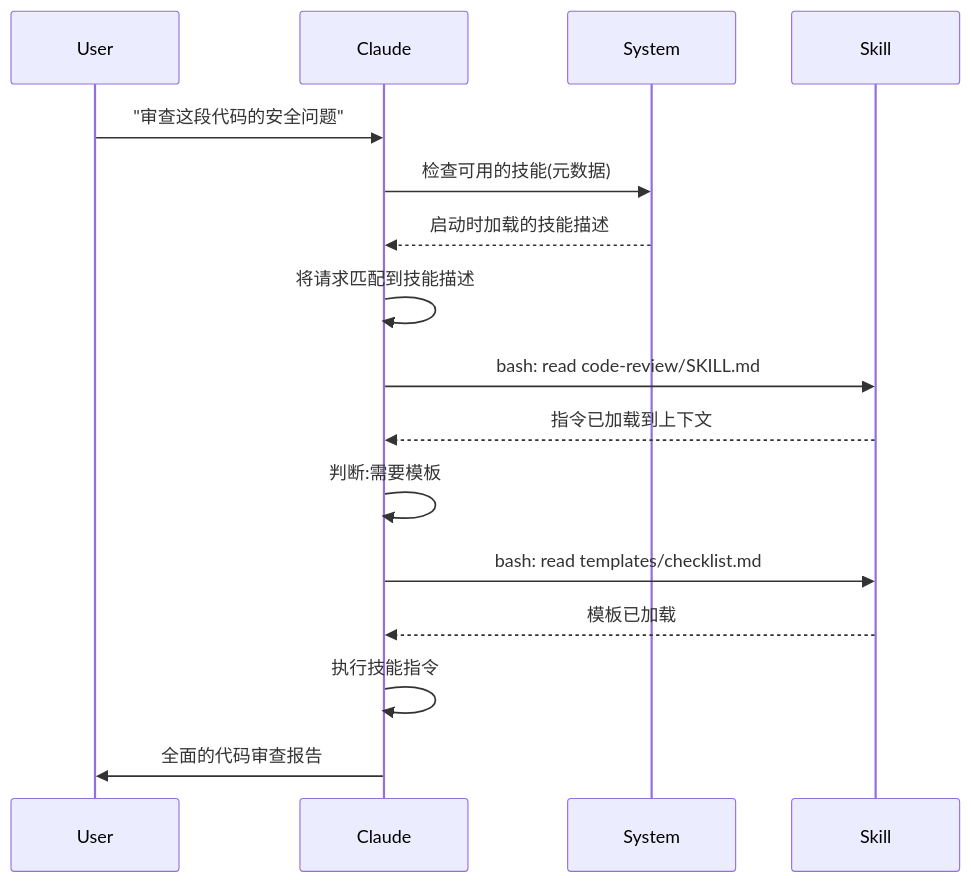
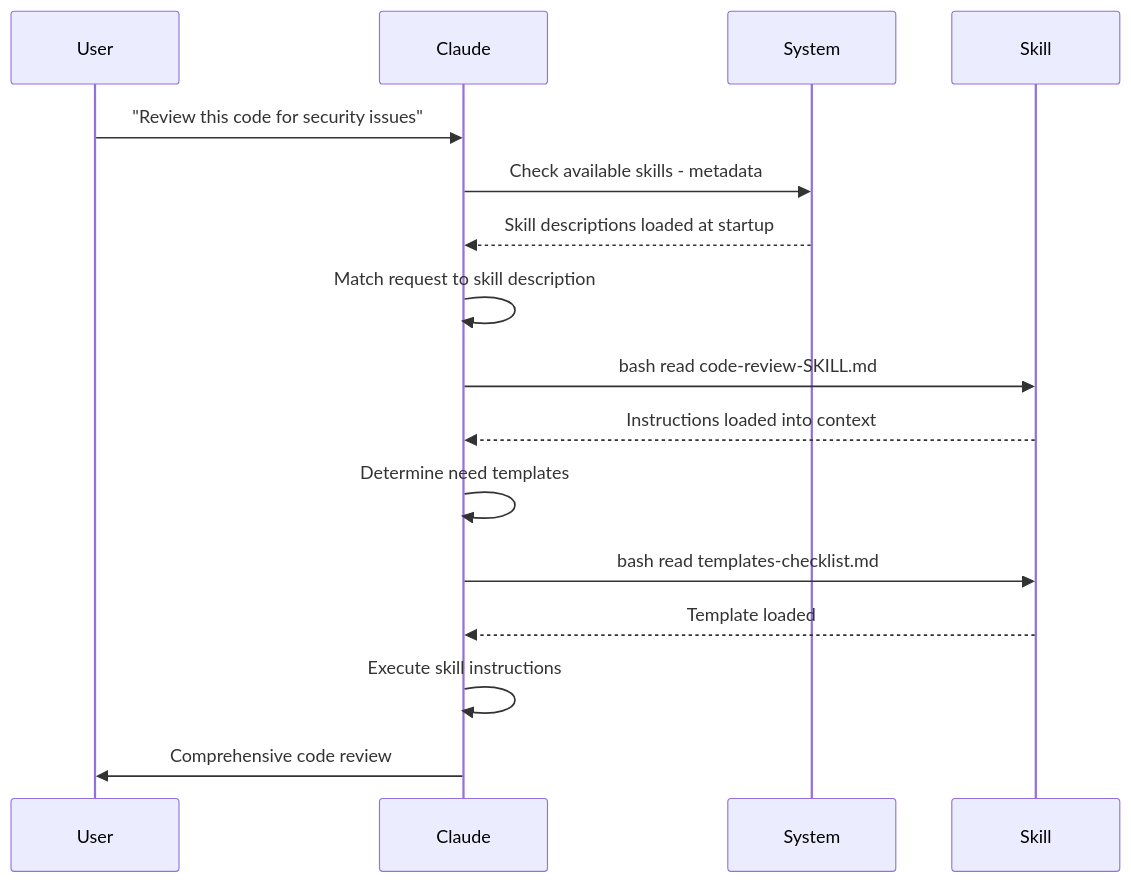
The second of 2 diagrams in claude-howto-zh/03-skills/README.md (Rx782-Fss/claude-howto-zh), drawn with Mermaid before and after one commit. The commit also changed other lines of this file and 11 other files, not shown here.

Commit message:
feat: v2.3.0 全量重译(11个文件) + Mermaid兼容性修复

````diff
--- a/claude-howto-zh/03-skills/README.md
+++ b/claude-howto-zh/03-skills/README.md
@@ -66,19 +66,19 @@
 ```mermaid
 sequenceDiagram
     participant User
     participant Claude as Claude
     participant System as System
     participant Skill as Skill
 
-    User->>Claude: "审查这段代码的安全问题"
-    Claude->>System: 检查可用的技能(元数据)
-    System-->>Claude: 启动时加载的技能描述
-    Claude->>Claude: 将请求匹配到技能描述
-    Claude->>Skill: bash: read code-review/SKILL.md
-    Skill-->>Claude: 指令已加载到上下文
-    Claude->>Claude: 判断:需要模板
-    Claude->>Skill: bash: read templates/checklist.md
-    Skill-->>Claude: 模板已加载
-    Claude->>Claude: 执行技能指令
-    Claude->>User: 全面的代码审查报告
+    User->>Claude: "Review this code for security issues"
+    Claude->>System: Check available skills - metadata
+    System-->>Claude: Skill descriptions loaded at startup
+    Claude->>Claude: Match request to skill description
+    Claude->>Skill: bash read code-review-SKILL.md
+    Skill-->>Claude: Instructions loaded into context
+    Claude->>Claude: Determine need templates
+    Claude->>Skill: bash read templates-checklist.md
+    Skill-->>Claude: Template loaded
+    Claude->>Claude: Execute skill instructions
+    Claude->>User: Comprehensive code review
 ```
````
